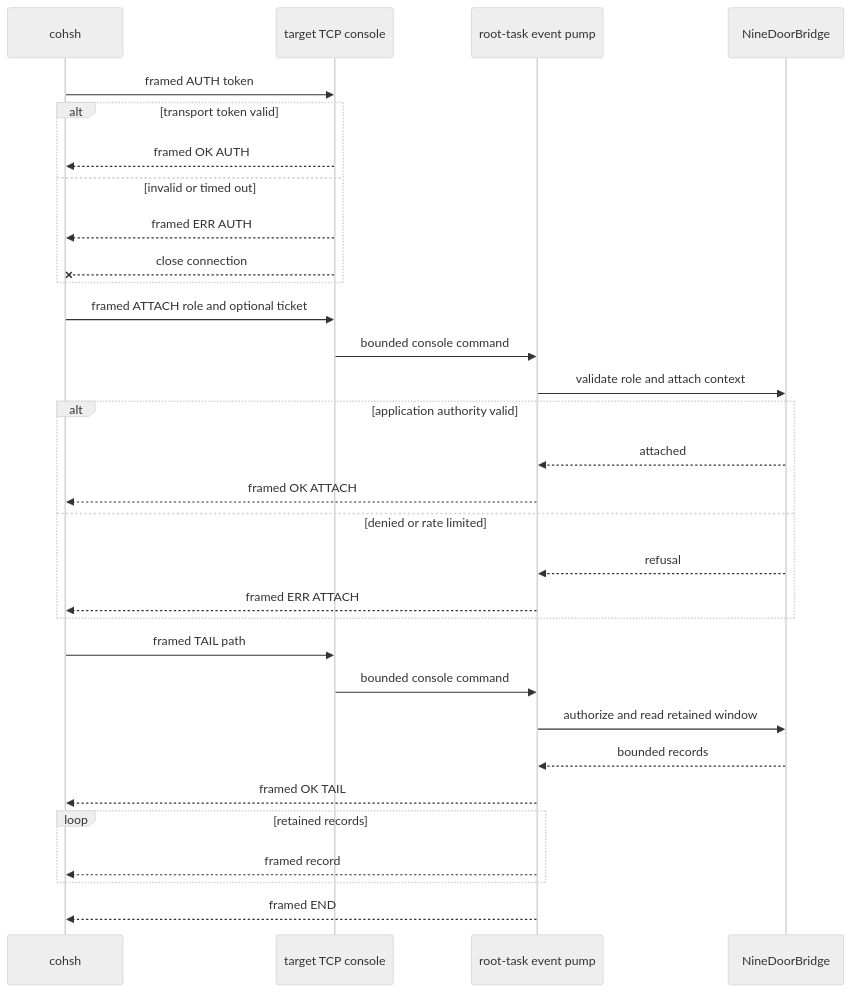
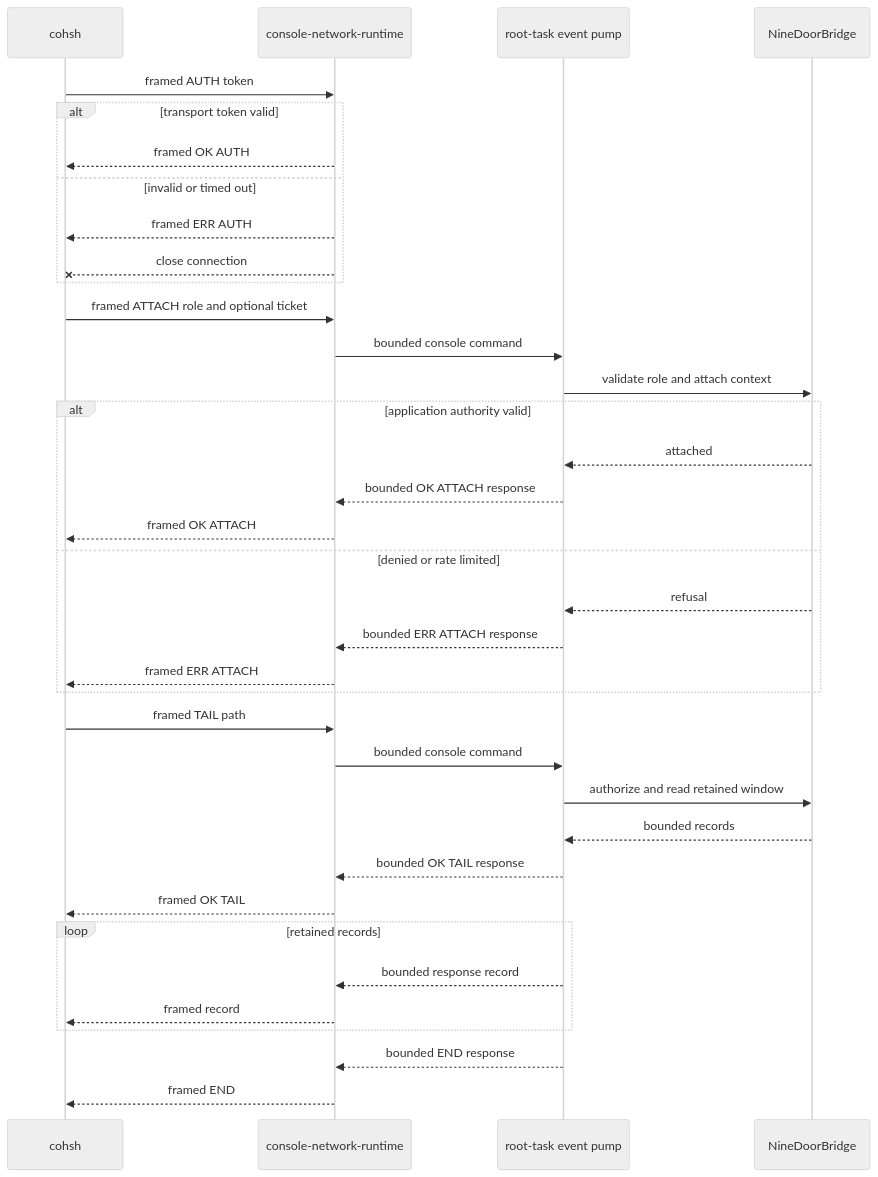
One commit to lukeb-aidev/cohesix changed the diagram in docs/INTERFACES.md. Above: the diagram before and after it, drawn with Mermaid (neutral theme). The commit also changed 7 other files, not shown here.

Commit message:
docs: align Mermaid diagrams with M26e

````diff
--- a/docs/INTERFACES.md
+++ b/docs/INTERFACES.md
@@ -225,36 +225,41 @@
 ```mermaid
 sequenceDiagram
   participant Client as cohsh
-  participant Tcp as target TCP console
+  participant Tcp as console-network-runtime
   participant Pump as root-task event pump
   participant Namespace as NineDoorBridge
 
   Client->>Tcp: framed AUTH token
   alt transport token valid
     Tcp-->>Client: framed OK AUTH
   else invalid or timed out
     Tcp-->>Client: framed ERR AUTH
     Tcp--xClient: close connection
   end
 
   Client->>Tcp: framed ATTACH role and optional ticket
   Tcp->>Pump: bounded console command
   Pump->>Namespace: validate role and attach context
   alt application authority valid
     Namespace-->>Pump: attached
-    Pump-->>Client: framed OK ATTACH
+    Pump-->>Tcp: bounded OK ATTACH response
+    Tcp-->>Client: framed OK ATTACH
   else denied or rate limited
     Namespace-->>Pump: refusal
-    Pump-->>Client: framed ERR ATTACH
+    Pump-->>Tcp: bounded ERR ATTACH response
+    Tcp-->>Client: framed ERR ATTACH
   end
 
   Client->>Tcp: framed TAIL path
   Tcp->>Pump: bounded console command
   Pump->>Namespace: authorize and read retained window
   Namespace-->>Pump: bounded records
-  Pump-->>Client: framed OK TAIL
+  Pump-->>Tcp: bounded OK TAIL response
+  Tcp-->>Client: framed OK TAIL
   loop retained records
-    Pump-->>Client: framed record
+    Pump-->>Tcp: bounded response record
+    Tcp-->>Client: framed record
   end
-  Pump-->>Client: framed END
+  Pump-->>Tcp: bounded END response
+  Tcp-->>Client: framed END
 ```
````
